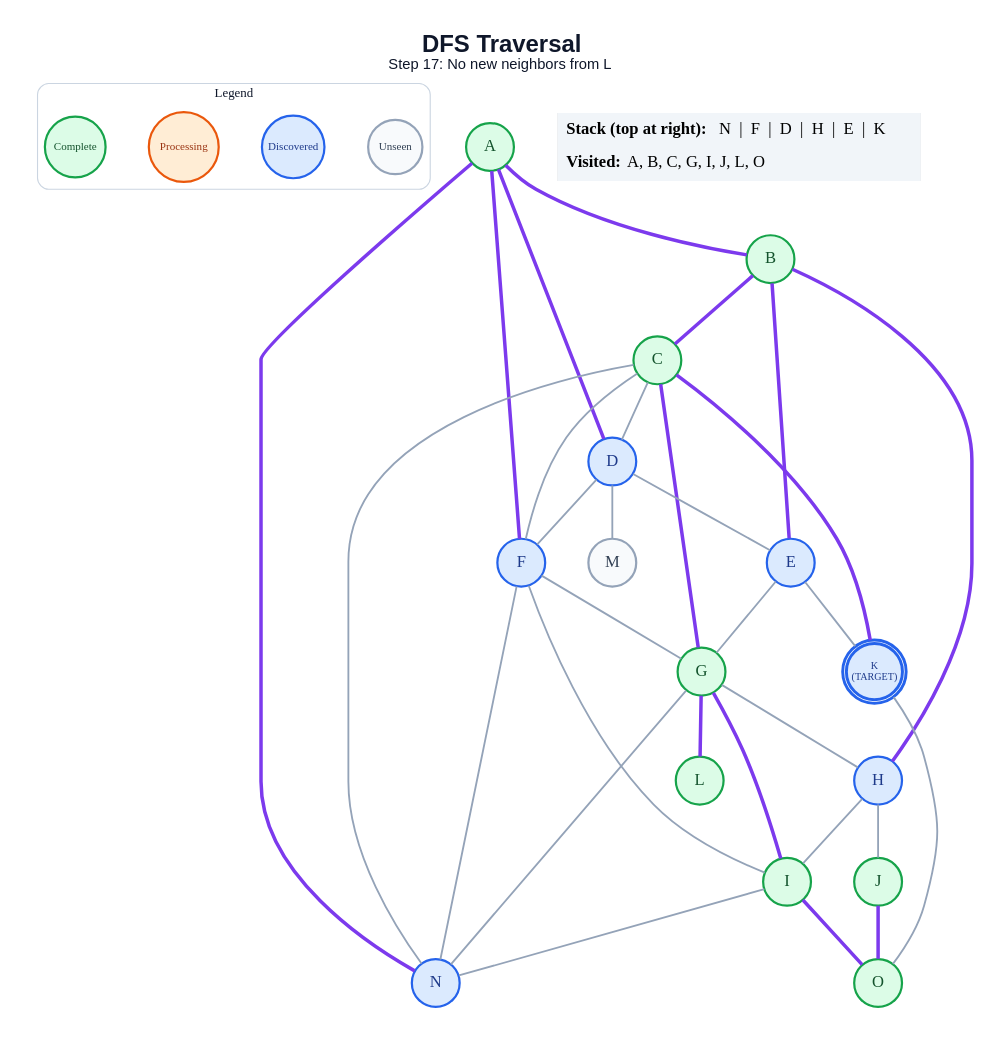
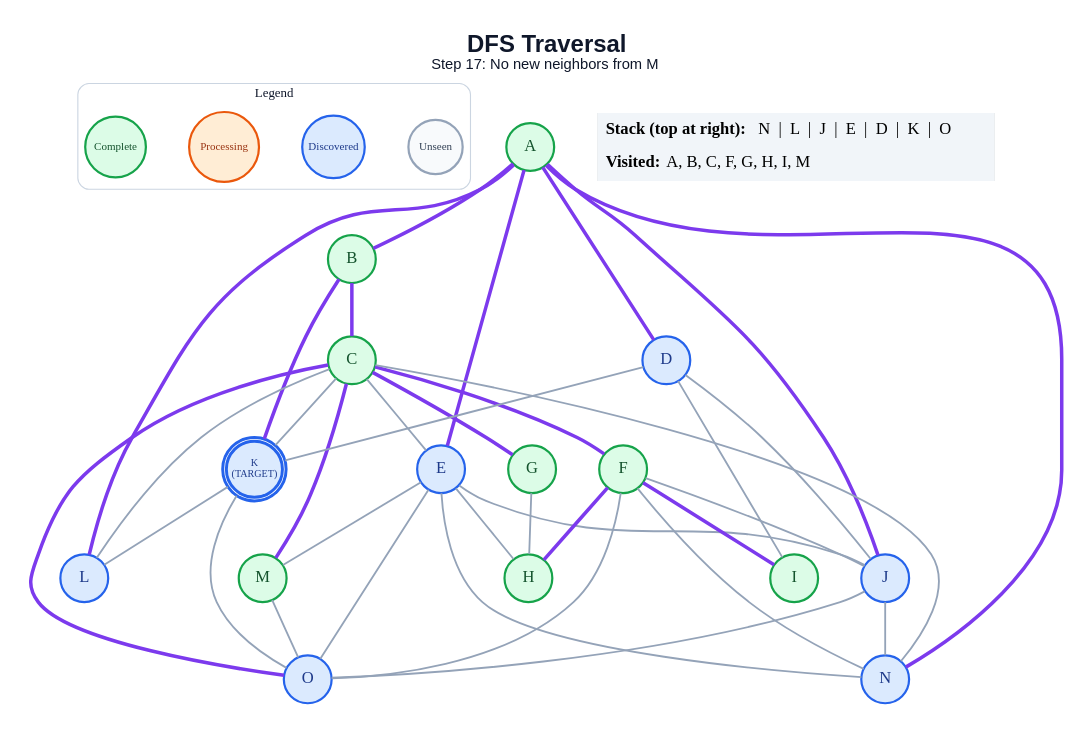
One commit to anon7238593-create/ai-slop changed the diagram in generated/specific-node/dfs/step_17.dot. Above: the diagram before and after it, drawn with Graphviz. The commit also changed 249 other files, not shown here.

```diff
--- a/generated/specific-node/dfs/step_17.dot
+++ b/generated/specific-node/dfs/step_17.dot
@@ -1,64 +1,69 @@
 graph traversal {
   graph [layout=dot, rankdir=TB, bgcolor="#FFFFFF", pad="0.35", nodesep="0.65", ranksep="0.8", fontname="Arial"];
   node [shape=circle, style="filled", fontname="Arial Bold", fontsize=18, width=0.72, fixedsize=true, penwidth=2.4];
   edge [color="#94A3B8", penwidth=2.0];
-  label=<<B>DFS Traversal</B><BR/><FONT POINT-SIZE="16">Step 17: No new neighbors from L</FONT>>; labelloc="t"; fontsize=26; fontname="Arial"; fontcolor="#0F172A";
+  label=<<B>DFS Traversal</B><BR/><FONT POINT-SIZE="16">Step 17: No new neighbors from M</FONT>>; labelloc="t"; fontsize=26; fontname="Arial"; fontcolor="#0F172A";
   subgraph cluster_legend { label="Legend"; color="#CBD5E1"; penwidth=1.2; style="rounded"; fontsize=14; fontname="Arial Bold";
     key_unseen [label="Unseen", fillcolor="#F8FAFC", color="#94A3B8", fontcolor="#334155", fontsize=12, width=0.82];
     key_frontier [label="Discovered", fillcolor="#DBEAFE", color="#2563EB", fontcolor="#1E3A8A", fontsize=12, width=0.95];
     key_current [label="Processing", fillcolor="#FFEDD5", color="#EA580C", fontcolor="#9A3412", fontsize=12, width=1.05];
     key_done [label="Complete", fillcolor="#DCFCE7", color="#16A34A", fontcolor="#14532D", fontsize=12, width=0.92];
     { rank=same; key_unseen; key_frontier; key_current; key_done; }
   }
   A [label="A", fillcolor="#DCFCE7", color="#16A34A", fontcolor="#14532D", peripheries=1, penwidth=2.4];
   B [label="B", fillcolor="#DCFCE7", color="#16A34A", fontcolor="#14532D", peripheries=1, penwidth=2.4];
   C [label="C", fillcolor="#DCFCE7", color="#16A34A", fontcolor="#14532D", peripheries=1, penwidth=2.4];
   D [label="D", fillcolor="#DBEAFE", color="#2563EB", fontcolor="#1E3A8A", peripheries=1, penwidth=2.4];
   E [label="E", fillcolor="#DBEAFE", color="#2563EB", fontcolor="#1E3A8A", peripheries=1, penwidth=2.4];
-  F [label="F", fillcolor="#DBEAFE", color="#2563EB", fontcolor="#1E3A8A", peripheries=1, penwidth=2.4];
+  F [label="F", fillcolor="#DCFCE7", color="#16A34A", fontcolor="#14532D", peripheries=1, penwidth=2.4];
   G [label="G", fillcolor="#DCFCE7", color="#16A34A", fontcolor="#14532D", peripheries=1, penwidth=2.4];
-  H [label="H", fillcolor="#DBEAFE", color="#2563EB", fontcolor="#1E3A8A", peripheries=1, penwidth=2.4];
+  H [label="H", fillcolor="#DCFCE7", color="#16A34A", fontcolor="#14532D", peripheries=1, penwidth=2.4];
   I [label="I", fillcolor="#DCFCE7", color="#16A34A", fontcolor="#14532D", peripheries=1, penwidth=2.4];
-  J [label="J", fillcolor="#DCFCE7", color="#16A34A", fontcolor="#14532D", peripheries=1, penwidth=2.4];
+  J [label="J", fillcolor="#DBEAFE", color="#2563EB", fontcolor="#1E3A8A", peripheries=1, penwidth=2.4];
   K [label="K\n(TARGET)", fillcolor="#DBEAFE", color="#2563EB", fontcolor="#1E3A8A", peripheries=2, penwidth=3.2, fontsize=11, width=0.85, height=0.85];
-  L [label="L", fillcolor="#DCFCE7", color="#16A34A", fontcolor="#14532D", peripheries=1, penwidth=2.4];
-  M [label="M", fillcolor="#F8FAFC", color="#94A3B8", fontcolor="#334155", peripheries=1, penwidth=2.4];
+  L [label="L", fillcolor="#DBEAFE", color="#2563EB", fontcolor="#1E3A8A", peripheries=1, penwidth=2.4];
+  M [label="M", fillcolor="#DCFCE7", color="#16A34A", fontcolor="#14532D", peripheries=1, penwidth=2.4];
   N [label="N", fillcolor="#DBEAFE", color="#2563EB", fontcolor="#1E3A8A", peripheries=1, penwidth=2.4];
-  O [label="O", fillcolor="#DCFCE7", color="#16A34A", fontcolor="#14532D", peripheries=1, penwidth=2.4];
+  O [label="O", fillcolor="#DBEAFE", color="#2563EB", fontcolor="#1E3A8A", peripheries=1, penwidth=2.4];
   A -- B [color="#7C3AED", penwidth=3.8];
   A -- D [color="#7C3AED", penwidth=3.8];
-  A -- F [color="#7C3AED", penwidth=3.8];
+  A -- E [color="#7C3AED", penwidth=3.8];
+  A -- J [color="#7C3AED", penwidth=3.8];
+  A -- L [color="#7C3AED", penwidth=3.8];
   A -- N [color="#7C3AED", penwidth=3.8];
   B -- C [color="#7C3AED", penwidth=3.8];
-  B -- E [color="#7C3AED", penwidth=3.8];
-  B -- H [color="#7C3AED", penwidth=3.8];
-  C -- D;
-  C -- F;
+  B -- K [color="#7C3AED", penwidth=3.8];
+  C -- E;
+  C -- F [color="#7C3AED", penwidth=3.8];
   C -- G [color="#7C3AED", penwidth=3.8];
-  C -- K [color="#7C3AED", penwidth=3.8];
+  C -- K;
+  C -- L;
+  C -- M [color="#7C3AED", penwidth=3.8];
   C -- N;
-  D -- E;
-  D -- F;
-  D -- M;
-  E -- G;
-  E -- K;
-  F -- G;
-  F -- I;
+  C -- O [color="#7C3AED", penwidth=3.8];
+  D -- I;
+  D -- J;
+  D -- K;
+  E -- H;
+  E -- J;
+  E -- M;
+  E -- N;
+  E -- O;
+  F -- H [color="#7C3AED", penwidth=3.8];
+  F -- I [color="#7C3AED", penwidth=3.8];
+  F -- J;
   F -- N;
+  F -- O;
   G -- H;
-  G -- I [color="#7C3AED", penwidth=3.8];
-  G -- L [color="#7C3AED", penwidth=3.8];
-  G -- N;
-  H -- I;
-  H -- J;
-  I -- N;
-  I -- O [color="#7C3AED", penwidth=3.8];
-  J -- O [color="#7C3AED", penwidth=3.8];
+  J -- N;
+  J -- O;
+  K -- L;
   K -- O;
+  M -- O;
   status [shape=plain, fixedsize=false, width=0, height=0, margin=0, label=<
     <TABLE BORDER="0" CELLBORDER="0" CELLPADDING="7" BGCOLOR="#F1F5F9">
-      <TR><TD ALIGN="LEFT"><B>Stack (top at right):</B> N  |  F  |  D  |  H  |  E  |  K</TD></TR>
-      <TR><TD ALIGN="LEFT"><B>Visited:</B> A, B, C, G, I, J, L, O</TD></TR>
+      <TR><TD ALIGN="LEFT"><B>Stack (top at right):</B> N  |  L  |  J  |  E  |  D  |  K  |  O</TD></TR>
+      <TR><TD ALIGN="LEFT"><B>Visited:</B> A, B, C, F, G, H, I, M</TD></TR>
     </TABLE>
   >];
 }
```
